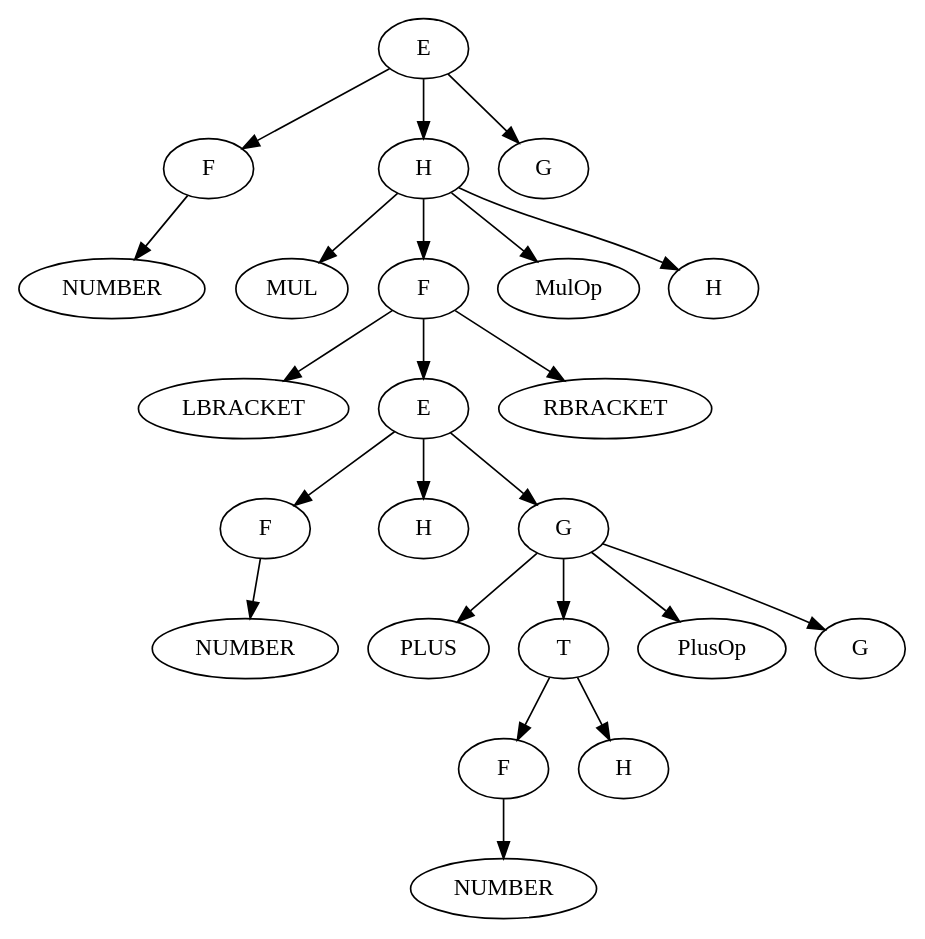
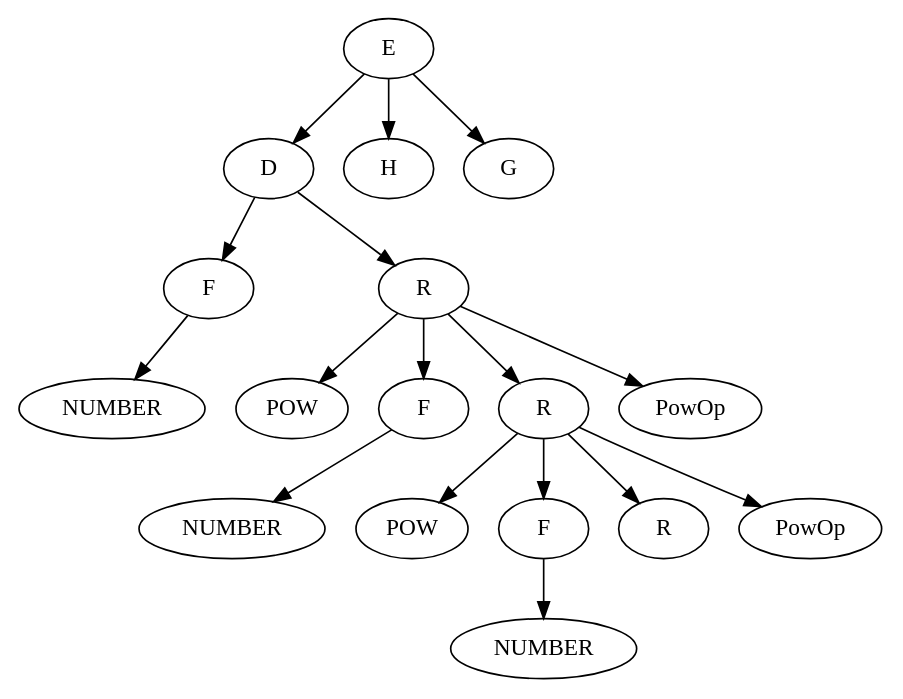
Before and after one commit to mishenkoil/itmo-mt: the diagram in lab4/Visualise/gram1.gv, drawn with Graphviz. The commit also changed 5 other files, not shown here.

```diff
--- a/lab4/Visualise/gram1.gv
+++ b/lab4/Visualise/gram1.gv
@@ -1,1 +1,1 @@
-digraph HelloWorld {1[label="E"];2[label="F"];1 -> 2;3[label="NUMBER"];2 -> 3;4[label="H"];1 -> 4;5[label="MUL"];4 -> 5;6[label="F"];4 -> 6;7[label="LBRACKET"];6 -> 7;8[label="E"];6 -> 8;9[label="F"];8 -> 9;10[label="NUMBER"];9 -> 10;11[label="H"];8 -> 11;12[label="G"];8 -> 12;13[label="PLUS"];12 -> 13;14[label="T"];12 -> 14;15[label="F"];14 -> 15;16[label="NUMBER"];15 -> 16;17[label="H"];14 -> 17;18[label="PlusOp"];12 -> 18;19[label="G"];12 -> 19;20[label="RBRACKET"];6 -> 20;21[label="MulOp"];4 -> 21;22[label="H"];4 -> 22;23[label="G"];1 -> 23;}
+digraph HelloWorld {1[label="E"];2[label="D"];1 -> 2;3[label="F"];2 -> 3;4[label="NUMBER"];3 -> 4;5[label="R"];2 -> 5;6[label="POW"];5 -> 6;7[label="F"];5 -> 7;8[label="NUMBER"];7 -> 8;9[label="R"];5 -> 9;10[label="POW"];9 -> 10;11[label="F"];9 -> 11;12[label="NUMBER"];11 -> 12;13[label="R"];9 -> 13;14[label="PowOp"];9 -> 14;15[label="PowOp"];5 -> 15;16[label="H"];1 -> 16;17[label="G"];1 -> 17;}
```
